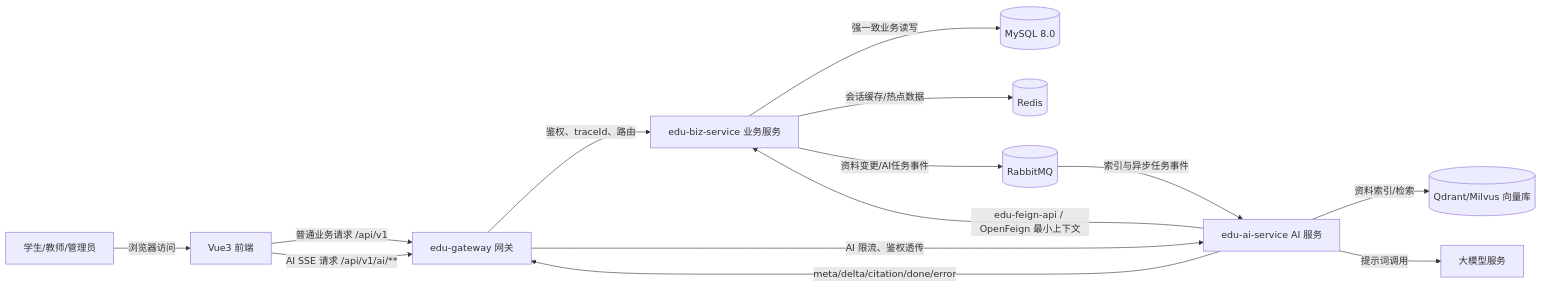
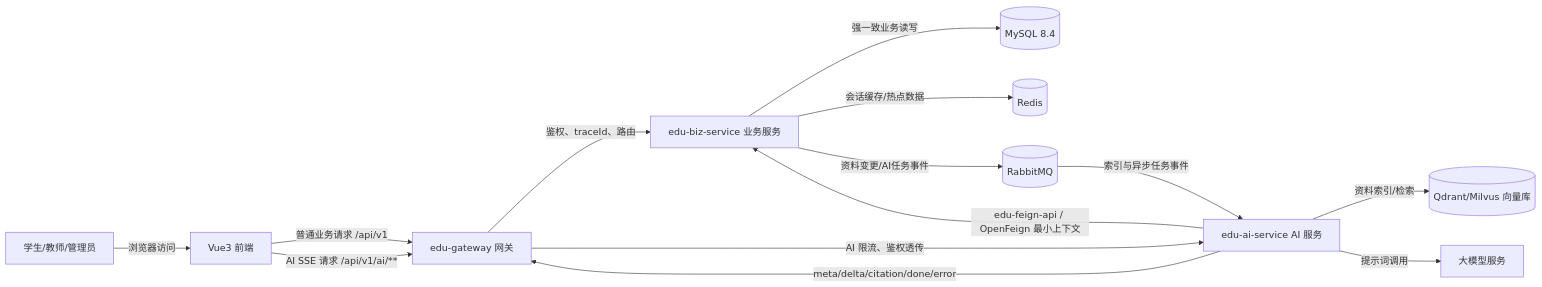
Before and after one commit to tf-3766/smart_education: the first of 6 diagrams in 在线教育辅助教学系统_项目设计文档_第一组.md, drawn with Mermaid. The commit also changed other lines of this file and 20 other files, not shown here.

````diff
--- a/在线教育辅助教学系统_项目设计文档_第一组.md
+++ b/在线教育辅助教学系统_项目设计文档_第一组.md
@@ -78,16 +78,16 @@
 ```mermaid
 flowchart LR
     U[学生/教师/管理员] -- "浏览器访问" --> FE[Vue3 前端]
     FE -- "普通业务请求 /api/v1" --> GW[edu-gateway 网关]
     FE -- "AI SSE 请求 /api/v1/ai/**" --> GW
     GW -- "鉴权、traceId、路由" --> BIZ[edu-biz-service 业务服务]
     GW -- "AI 限流、鉴权透传" --> AI[edu-ai-service AI 服务]
-    BIZ -- "强一致业务读写" --> DB[(MySQL 8.0)]
+    BIZ -- "强一致业务读写" --> DB[(MySQL 8.4)]
     BIZ -- "会话缓存/热点数据" --> Redis[(Redis)]
     BIZ -- "资料变更/AI任务事件" --> MQ[(RabbitMQ)]
     AI -- "edu-feign-api / OpenFeign 最小上下文" --> BIZ
     AI -- "资料索引/检索" --> VDB[(Qdrant/Milvus 向量库)]
     AI -- "提示词调用" --> LLM[大模型服务]
     MQ -- "索引与异步任务事件" --> AI
     AI -- "meta/delta/citation/done/error" --> GW
 ```
````
